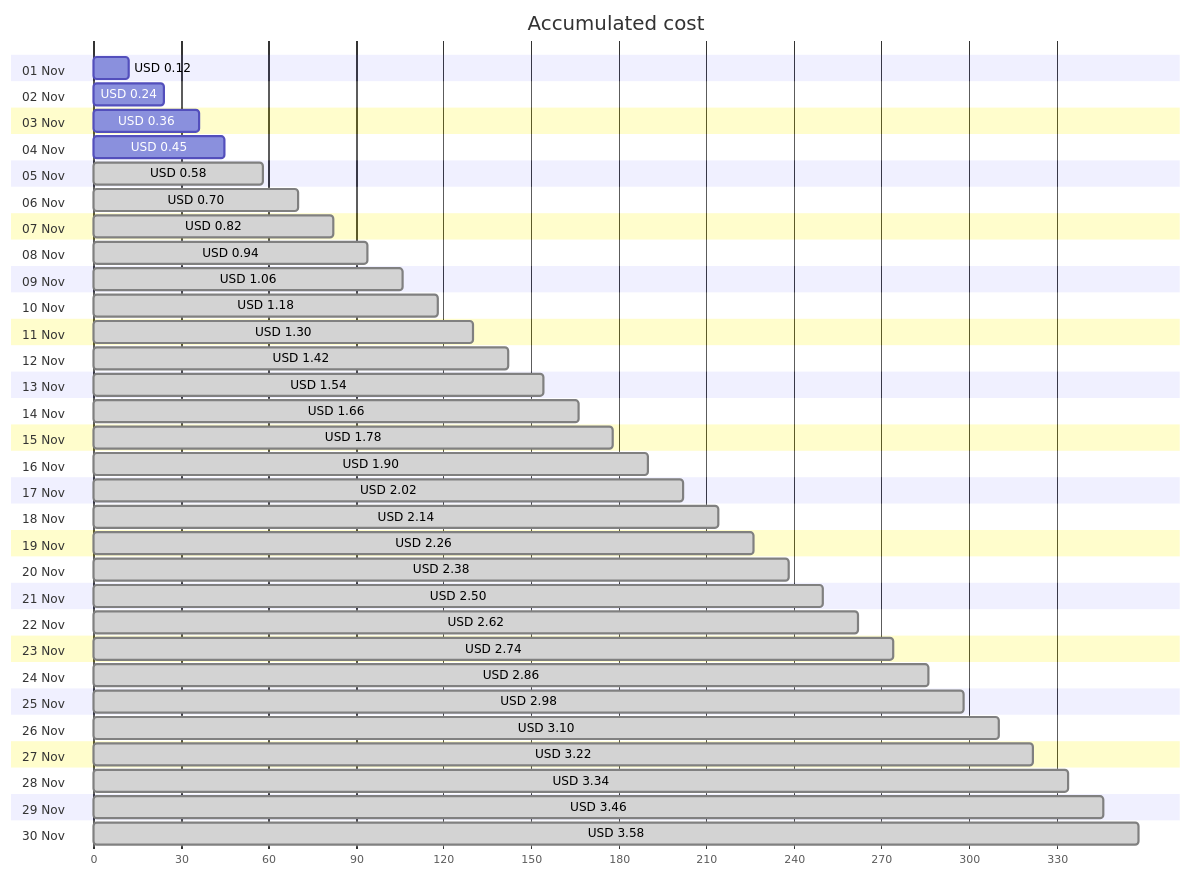
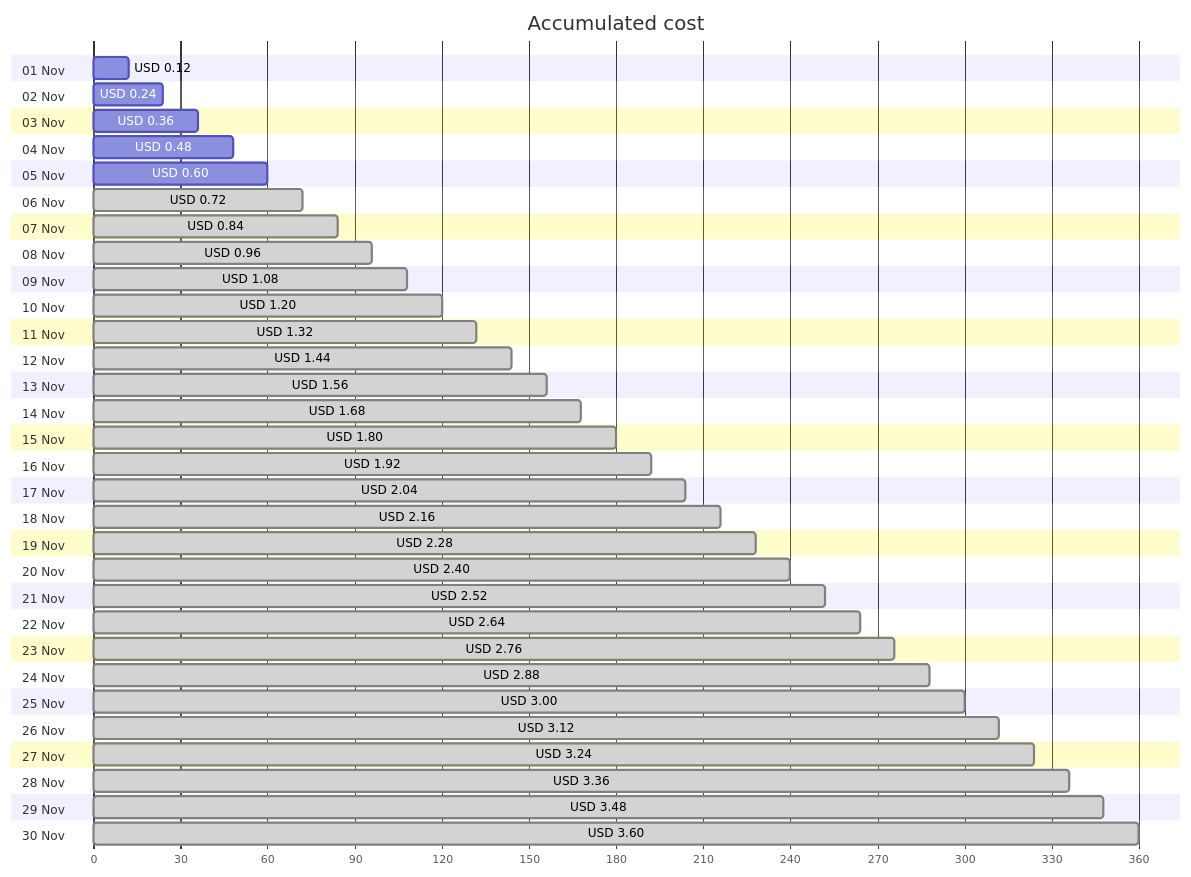
Before and after one commit to jpfulton/azure-personal-reports: the first of 4 diagrams in cost-reports/personal-network/backup-server-public-ip.md, drawn with Mermaid. The commit also changed other lines of this file and 8 other files, not shown here.

````diff
--- a/cost-reports/personal-network/backup-server-public-ip.md
+++ b/cost-reports/personal-network/backup-server-public-ip.md
@@ -20,66 +20,66 @@
 ```mermaid
 gantt
    title Accumulated cost
    dateFormat  X
    axisFormat %s
    section 01 Nov
    USD 0.12 :0, 12
    section 02 Nov
    USD 0.24 :0, 24
    section 03 Nov
    USD 0.36 :0, 36
    section 04 Nov
-   USD 0.45 :0, 45
+   USD 0.48 :0, 48
    section 05 Nov
-   USD 0.58 : done, 0, 58
+   USD 0.60 :0, 60
    section 06 Nov
-   USD 0.70 : done, 0, 70
+   USD 0.72 : done, 0, 72
    section 07 Nov
-   USD 0.82 : done, 0, 82
+   USD 0.84 : done, 0, 84
    section 08 Nov
-   USD 0.94 : done, 0, 94
+   USD 0.96 : done, 0, 96
    section 09 Nov
-   USD 1.06 : done, 0, 106
+   USD 1.08 : done, 0, 108
    section 10 Nov
-   USD 1.18 : done, 0, 118
+   USD 1.20 : done, 0, 120
    section 11 Nov
-   USD 1.30 : done, 0, 130
+   USD 1.32 : done, 0, 132
    section 12 Nov
-   USD 1.42 : done, 0, 142
+   USD 1.44 : done, 0, 144
    section 13 Nov
-   USD 1.54 : done, 0, 154
+   USD 1.56 : done, 0, 156
    section 14 Nov
-   USD 1.66 : done, 0, 166
+   USD 1.68 : done, 0, 168
    section 15 Nov
-   USD 1.78 : done, 0, 178
+   USD 1.80 : done, 0, 180
    section 16 Nov
-   USD 1.90 : done, 0, 190
+   USD 1.92 : done, 0, 192
    section 17 Nov
-   USD 2.02 : done, 0, 202
+   USD 2.04 : done, 0, 204
    section 18 Nov
-   USD 2.14 : done, 0, 214
+   USD 2.16 : done, 0, 216
    section 19 Nov
-   USD 2.26 : done, 0, 226
+   USD 2.28 : done, 0, 228
    section 20 Nov
-   USD 2.38 : done, 0, 238
+   USD 2.40 : done, 0, 240
    section 21 Nov
-   USD 2.50 : done, 0, 250
+   USD 2.52 : done, 0, 252
    section 22 Nov
-   USD 2.62 : done, 0, 262
+   USD 2.64 : done, 0, 264
    section 23 Nov
-   USD 2.74 : done, 0, 274
+   USD 2.76 : done, 0, 276
    section 24 Nov
-   USD 2.86 : done, 0, 286
+   USD 2.88 : done, 0, 288
    section 25 Nov
-   USD 2.98 : done, 0, 298
+   USD 3.00 : done, 0, 300
    section 26 Nov
-   USD 3.10 : done, 0, 310
+   USD 3.12 : done, 0, 312
    section 27 Nov
-   USD 3.22 : done, 0, 322
+   USD 3.24 : done, 0, 324
    section 28 Nov
-   USD 3.34 : done, 0, 334
+   USD 3.36 : done, 0, 336
    section 29 Nov
-   USD 3.46 : done, 0, 346
+   USD 3.48 : done, 0, 348
    section 30 Nov
-   USD 3.58 : done, 0, 358
+   USD 3.60 : done, 0, 360
 ```
````
